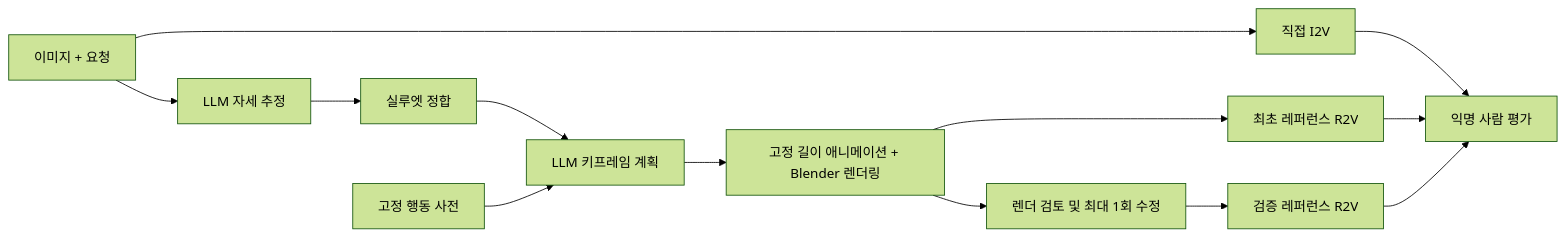
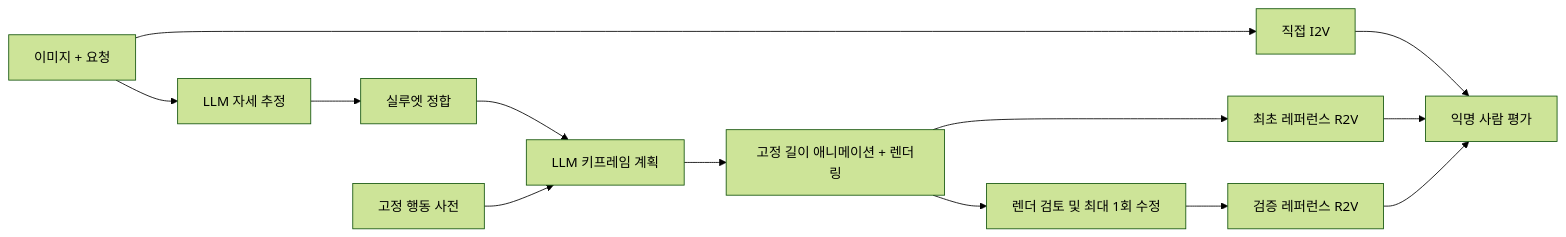
One commit to enggaa/motion-reference-benchmark changed the diagram in docs/MIDTERM_REPORT.ko.md. Above: the diagram before and after it, drawn with Mermaid (forest theme). The commit also changed other lines of this file, not shown here.

````diff
--- a/docs/MIDTERM_REPORT.ko.md
+++ b/docs/MIDTERM_REPORT.ko.md
@@ -57,15 +45,15 @@
 ```mermaid
 flowchart LR
  I[이미지 + 요청] --> A[직접 I2V]
  I --> P1[LLM 자세 추정]
  P1 --> F[실루엣 정합]
  F --> P2[LLM 키프레임 계획]
  D[고정 행동 사전] --> P2
- P2 --> R[고정 길이 애니메이션 + Blender 렌더링]
+ P2 --> R[고정 길이 애니메이션 + 렌더링]
  R --> B[최초 레퍼런스 R2V]
  R --> V[렌더 검토 및 최대 1회 수정]
  V --> C[검증 레퍼런스 R2V]
  A --> E[익명 사람 평가]
  B --> E
  C --> E
 ```
````
